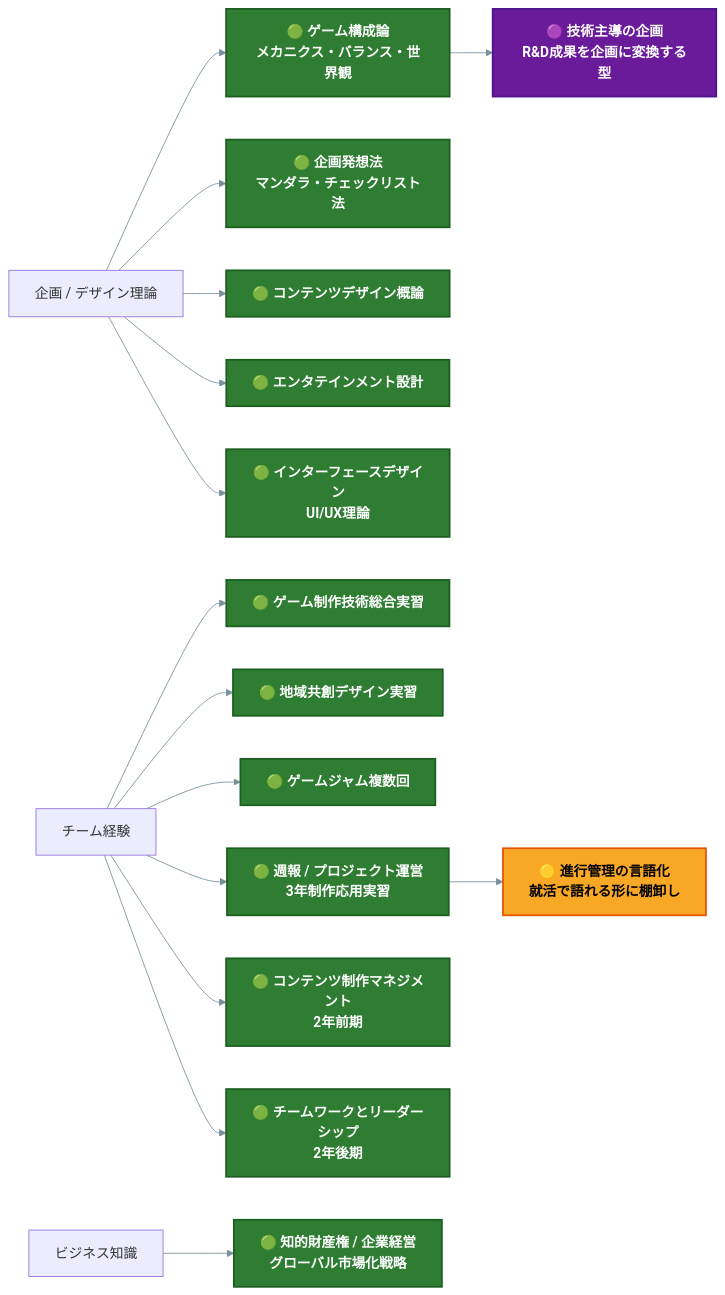
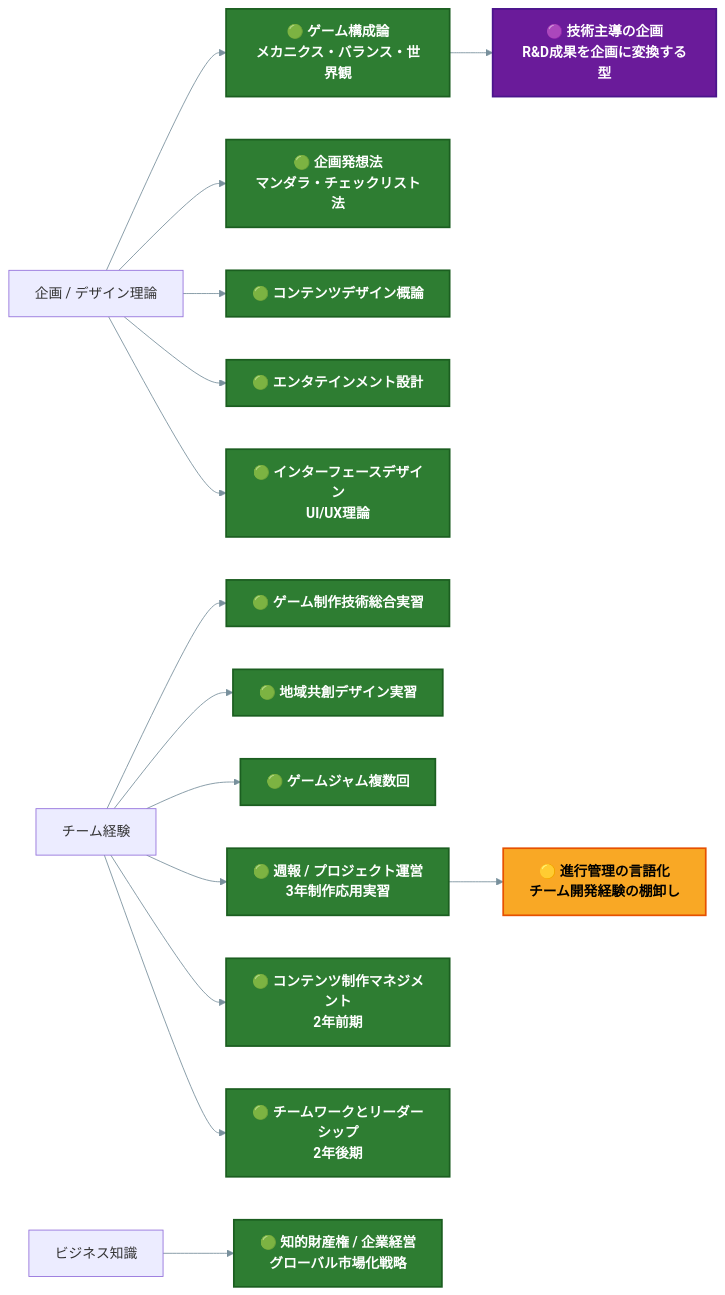
One commit to manato1201/manato1201 changed diagram 12 of 15 in README.md. Above: the diagram before and after it, drawn with Mermaid. The commit also changed other lines of this file, not shown here.

Commit message:
Update README with new projects and timeline adjustments

````diff
--- a/README.md
+++ b/README.md
@@ -430,26 +451,26 @@
 ```mermaid
 %%{init: {'themeVariables': {'primaryColor':'#37474f','primaryTextColor':'#ffffff','primaryBorderColor':'#263238','lineColor':'#78909c','fontSize':'16px'}}}%%
 flowchart LR
     PLAN[企画 / デザイン理論] --> P1[🟢 ゲーム構成論<br>メカニクス・バランス・世界観]:::done
     PLAN --> P2[🟢 企画発想法<br>マンダラ・チェックリスト法]:::done
     PLAN --> P3[🟢 コンテンツデザイン概論]:::done
     PLAN --> P4[🟢 エンタテインメント設計]:::done
     PLAN --> P5[🟢 インターフェースデザイン<br>UI/UX理論]:::done
 
     TEAM[チーム経験] --> T1[🟢 ゲーム制作技術総合実習]:::done
     TEAM --> T2[🟢 地域共創デザイン実習]:::done
     TEAM --> T3[🟢 ゲームジャム複数回]:::done
     TEAM --> T4[🟢 週報 / プロジェクト運営<br>3年制作応用実習]:::done
     TEAM --> T5[🟢 コンテンツ制作マネジメント<br>2年前期]:::done
     TEAM --> T6[🟢 チームワークとリーダーシップ<br>2年後期]:::done
 
     BIZ[ビジネス知識] --> BZ1[🟢 知的財産権 / 企業経営<br>グローバル市場化戦略]:::done
 
-    T4 --> F1[🟡 進行管理の言語化<br>就活で語れる形に棚卸し]:::review
+    T4 --> F1[🟡 進行管理の言語化<br>チーム開発経験の棚卸し]:::review
     P1 --> F2[🟣 技術主導の企画<br>R&D成果を企画に変換する型]:::adv
 
     classDef done fill:#2e7d32,stroke:#1b5e20,stroke-width:2px,color:#ffffff,font-weight:bold
     classDef review fill:#f9a825,stroke:#e65100,stroke-width:2px,color:#000000,font-weight:bold
     classDef next fill:#1565c0,stroke:#0d47a1,stroke-width:2px,color:#ffffff,font-weight:bold
     classDef adv fill:#6a1b9a,stroke:#4a148c,stroke-width:2px,color:#ffffff,font-weight:bold
 ```
````
